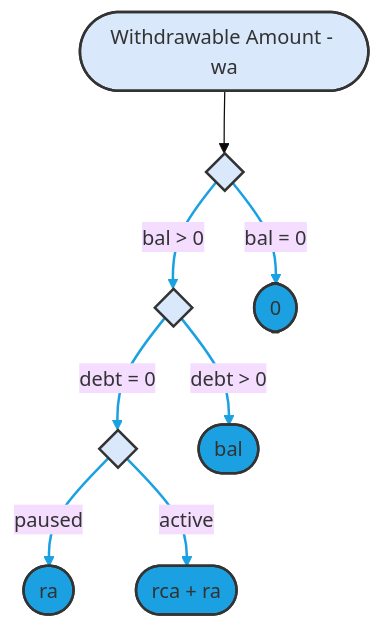
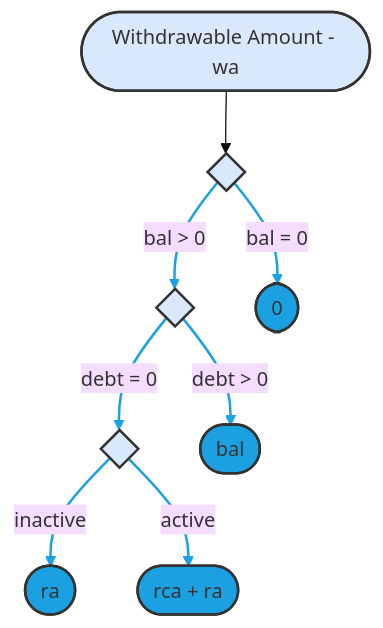
The sixth of 8 diagrams in diagrams.md (sablier-labs/flow), drawn with Mermaid (base theme) before and after one commit. The commit also changed other lines of this file and 3 other files, not shown here.

````diff
--- a/diagrams.md
+++ b/diagrams.md
@@ -184,24 +197,24 @@
 ```mermaid
 flowchart TD
     di0{ }:::blue0
     di1{ }:::blue0
     di2{ }:::blue0
     wa([Withdrawable Amount - wa]):::blue0
     res_0([0 ]):::blue1
     res_bal([bal]):::blue1
     res_ra([ra]):::blue1
     res_sum([rca + ra]):::blue1
 
 
     wa --> di0
     di0 -- "bal = 0" --> res_0
     di0 -- "bal > 0" --> di1
     di1 -- "debt > 0" --> res_bal
     di1 -- "debt = 0" --> di2
-    di2 -- "paused" --> res_ra
+    di2 -- "inactive" --> res_ra
     di2 -- "active" --> res_sum
 
     classDef blue0 fill:#DAE8FC,stroke:#333,stroke-width:2px;
     classDef blue1 fill:#1BA1E2,stroke:#333,stroke-width:2px;
     linkStyle 1,2,3,4,5,6 stroke:#1BA1E2,stroke-width:2px
 ```
````
